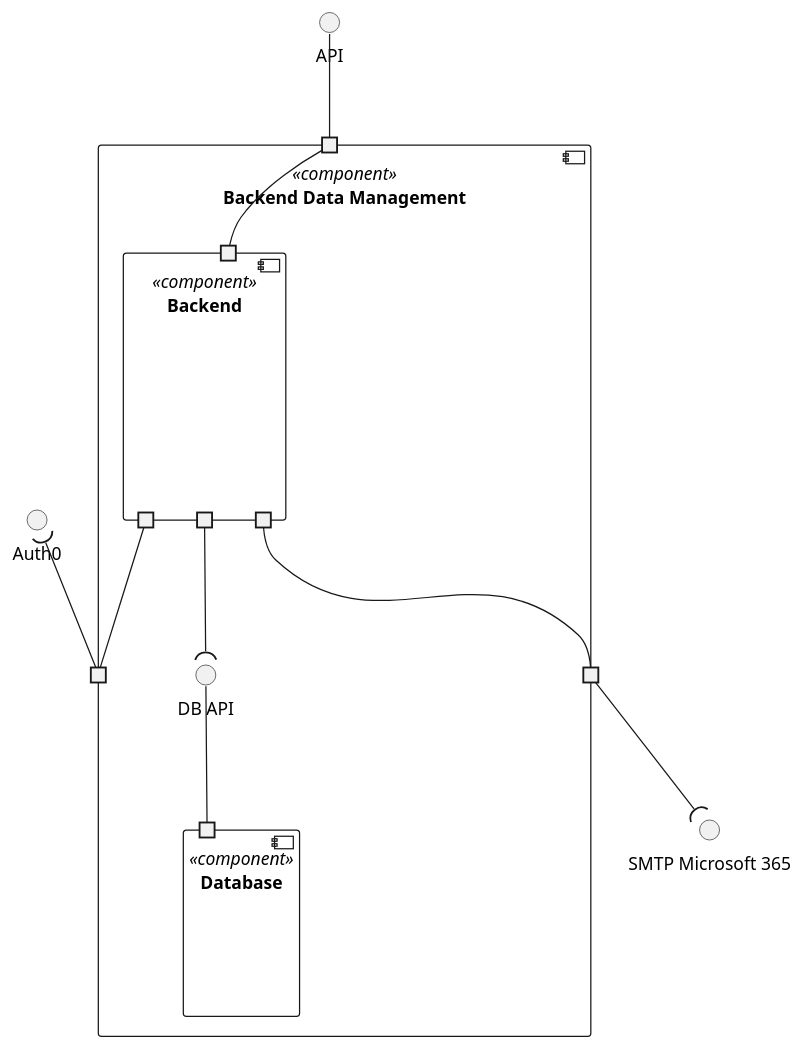
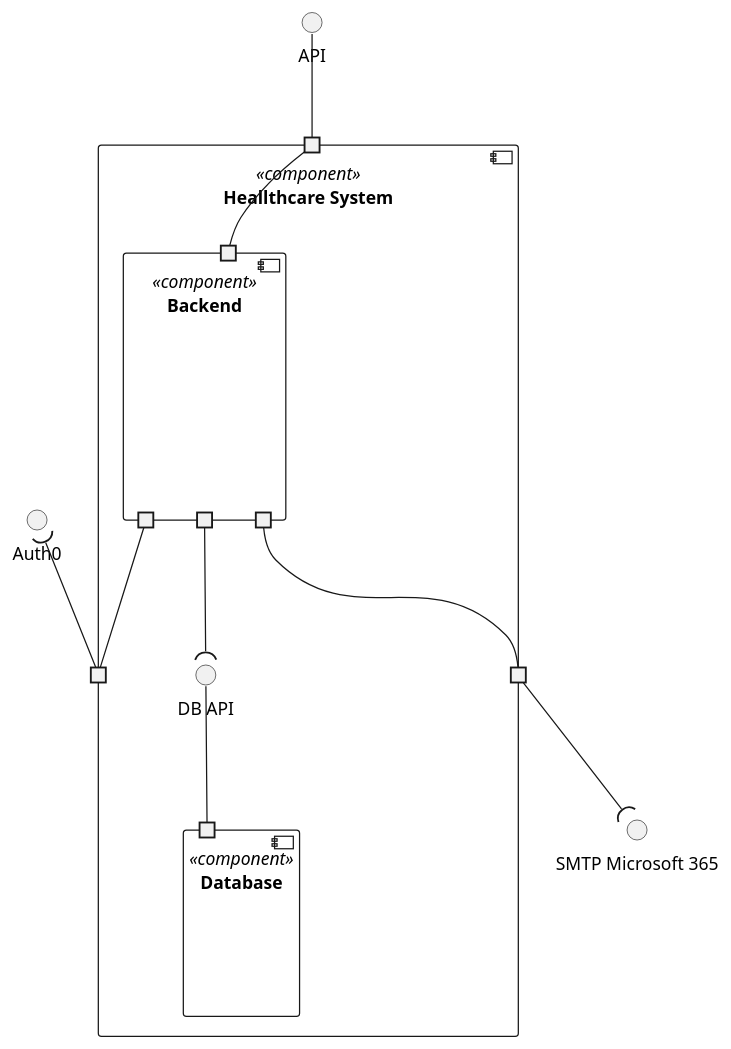
One commit to Lapr5G21/sem5pi-24-25-3ddg21 changed the diagram in docs/LogicViews/Level3/logicViewLevel3.puml. Above: the diagram before and after it, drawn with PlantUML. The commit also changed 31 other files, not shown here.

Commit message:
Some Documentation Fixed, and diagram revision #17

```diff
--- a/docs/LogicViews/Level3/logicViewLevel3.puml
+++ b/docs/LogicViews/Level3/logicViewLevel3.puml
@@ -1,36 +1,36 @@
 @startuml logical-view
 top to bottom direction
  
 interface "API" as API
 interface "Auth0" as AUTH0
 interface "SMTP Microsoft 365" as SMTP
  
-component "Backend Data Management" <<component>> {
+component "Heallthcare System" <<component>> {
   () "DB API" as DBAPI
   portin " " as PIAPI
   portout " " as POAUTH0
   portout " " as POSMTP
  
   component "Backend" <<component>> {
     portin " " as BEPI
     portout " " as BEPO
     portout " " as BEPOAUTH0
     portout " " as BEPOSMTP
   }
  
   component "Database" <<component>> {
     portin " " as DBPI
   }
  
 }
  
 API -- PIAPI
 POAUTH0 -u-( AUTH0
 BEPO --( DBAPI
 BEPOAUTH0 -- POAUTH0
 BEPI -- PIAPI
 POSMTP --( SMTP
 BEPOSMTP -- POSMTP
 DBAPI -- DBPI
  
 @enduml
```
